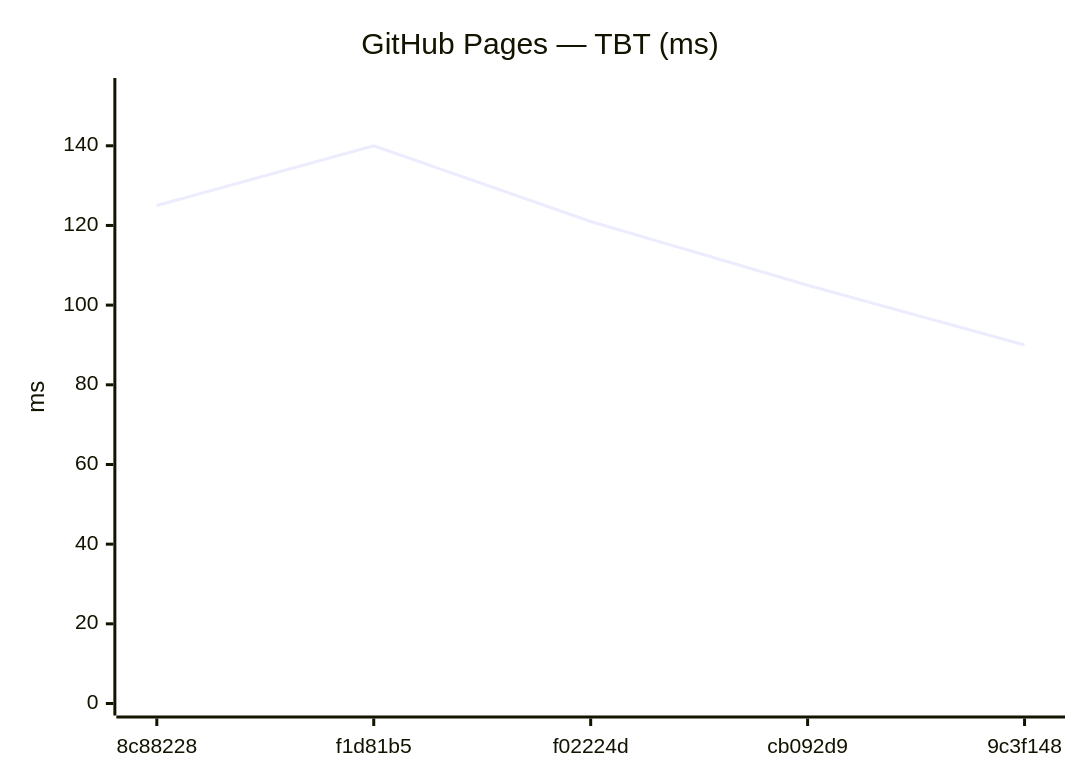
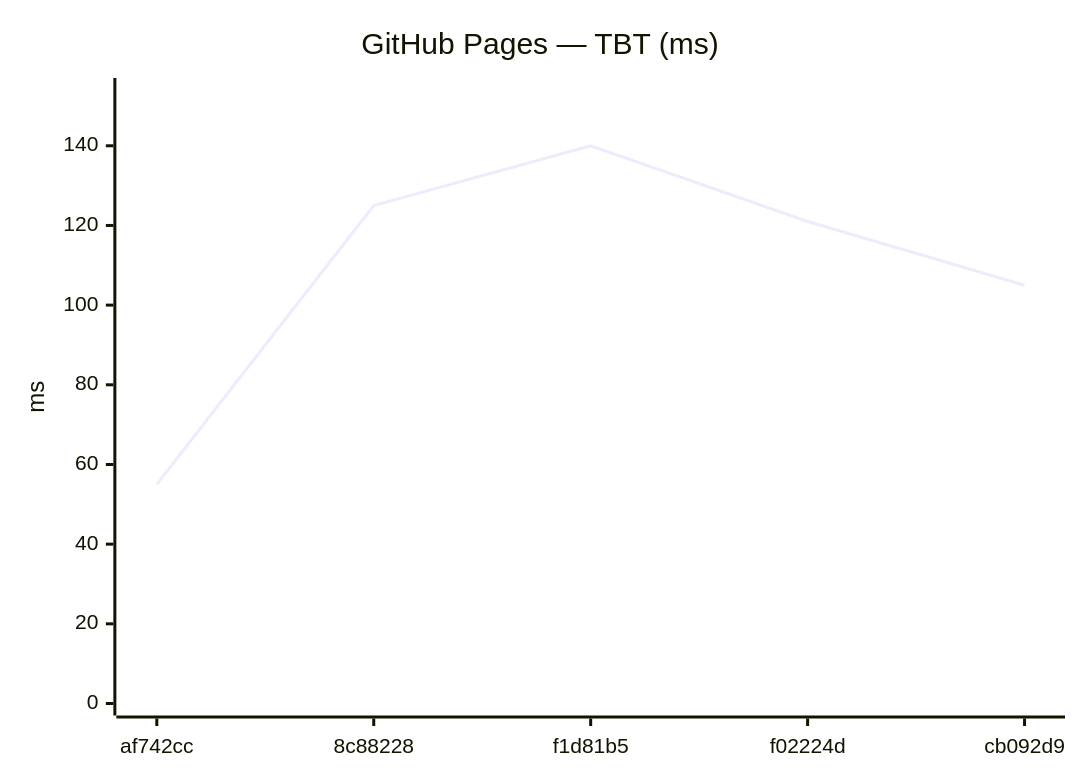
The tenth of 18 diagrams in benchmarks/compare.md (Metaheurist/Rianell), drawn with Mermaid before and after one commit. The commit also changed other lines of this file and 12 other files, not shown here.

````diff
--- a/benchmarks/compare.md
+++ b/benchmarks/compare.md
@@ -149,7 +149,7 @@
 ```mermaid
 xychart-beta
     title "GitHub Pages — TBT (ms)"
-    x-axis ["8c88228", "f1d81b5", "f02224d", "cb092d9", "9c3f148"]
+    x-axis ["af742cc", "8c88228", "f1d81b5", "f02224d", "cb092d9"]
     y-axis "ms" 0 --> 154
-    line [125, 140, 121, 105, 90]
+    line [55, 125, 140, 121, 105]
 ```
````
